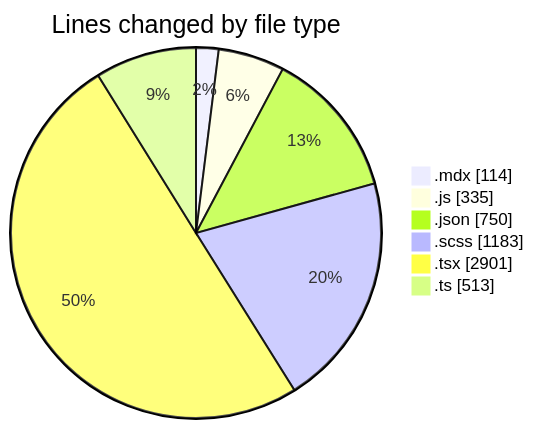
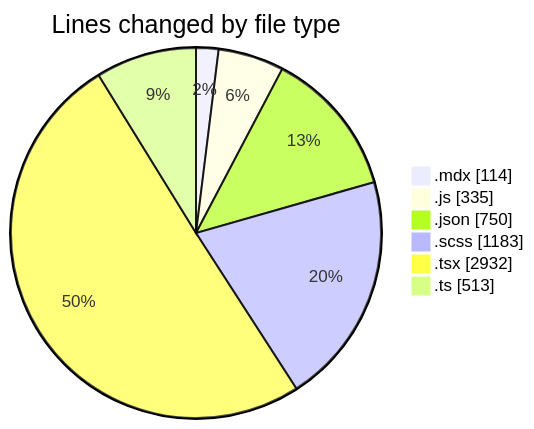
One commit to momahboobian/code-tracking changed the first of 2 diagrams in 2026-08-13/cda/README.md. Above: the diagram before and after it, drawn with Mermaid. The commit also changed other lines of this file and 1 other file, not shown here.

````diff
--- a/2026-08-13/cda/README.md
+++ b/2026-08-13/cda/README.md
@@ -46,10 +46,10 @@
 ```mermaid
 pie showData
 title Lines changed by file type
 ".mdx" : 114
 ".js" : 335
 ".json" : 750
 ".scss" : 1183
-".tsx" : 2901
+".tsx" : 2932
 ".ts" : 513
 ```
````
